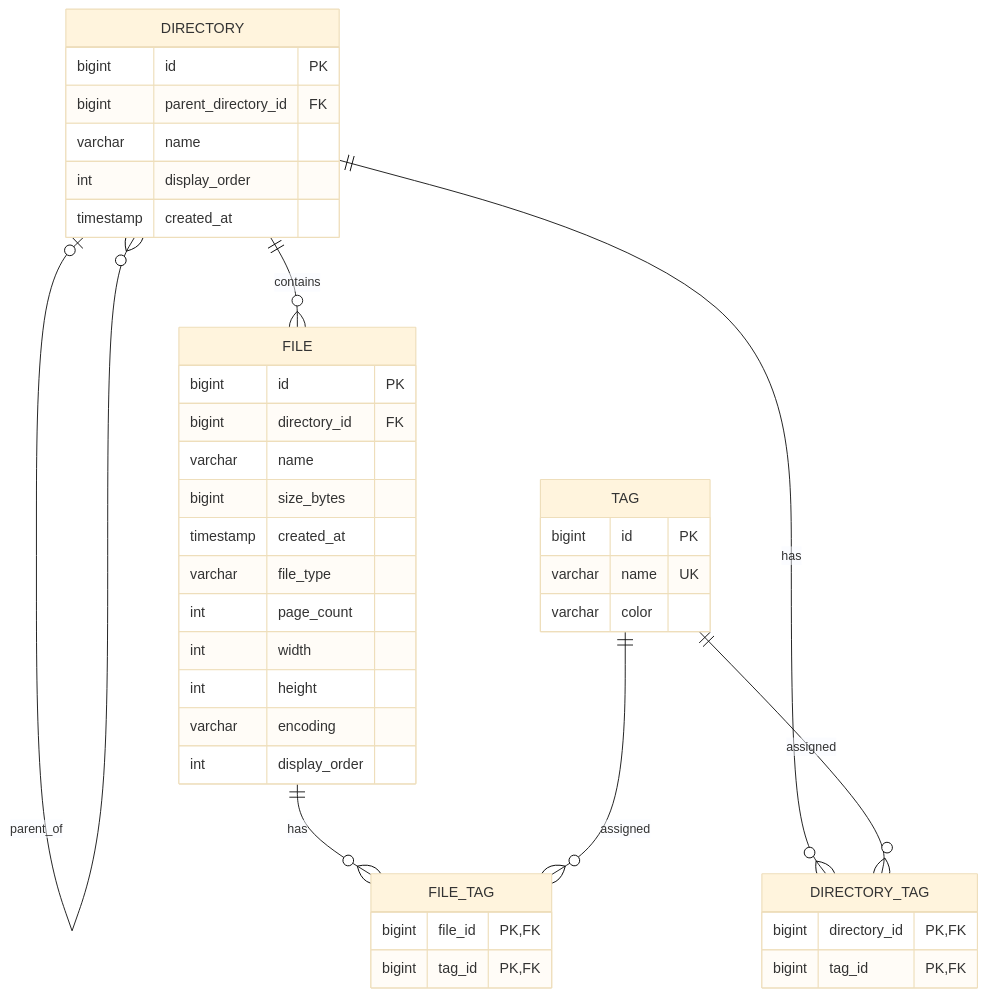
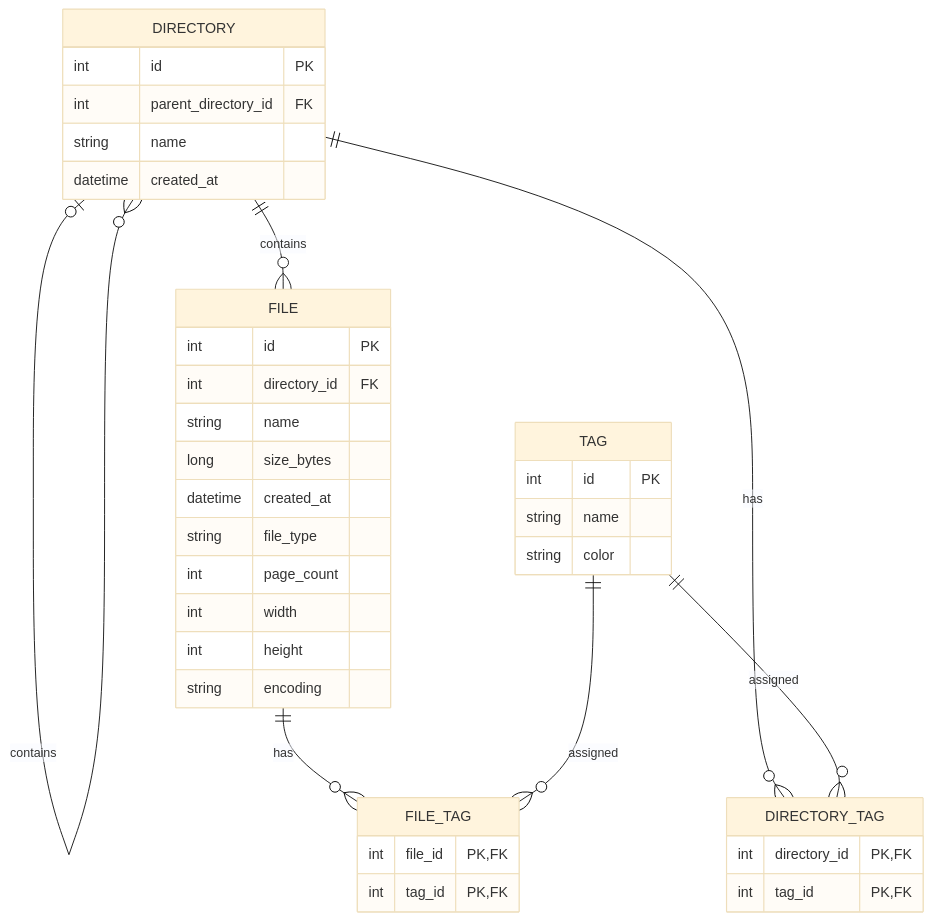
The fourth of 4 diagrams in README.md (Juyunho/CloudFileSystem), drawn with Mermaid (base theme) before and after one commit. The commit also changed other lines of this file, not shown here.

````diff
--- a/README.md
+++ b/README.md
@@ -180,43 +272,47 @@
 ```mermaid
 erDiagram
-    DIRECTORY o|--o{ DIRECTORY : parent_of
-    DIRECTORY ||--o{ FILE : contains
-    DIRECTORY ||--o{ DIRECTORY_TAG : has
-    FILE ||--o{ FILE_TAG : has
-    TAG ||--o{ DIRECTORY_TAG : assigned
-    TAG ||--o{ FILE_TAG : assigned
+    DIRECTORY {
+        int id PK
+        int parent_directory_id FK
+        string name
+        datetime created_at
+    }
 
-    DIRECTORY {
-        bigint id PK
-        bigint parent_directory_id FK
-        varchar name
-        int display_order
-        timestamp created_at
-    }
     FILE {
-        bigint id PK
-        bigint directory_id FK
-        varchar name
-        bigint size_bytes
-        timestamp created_at
-        varchar file_type
+        int id PK
+        int directory_id FK
+        string name
+        long size_bytes
+        datetime created_at
+        string file_type
         int page_count
         int width
         int height
-        varchar encoding
-        int display_order
+        string encoding
     }
+
     TAG {
-        bigint id PK
-        varchar name UK
-        varchar color
+        int id PK
+        string name
+        string color
     }
+
     FILE_TAG {
-        bigint file_id PK,FK
-        bigint tag_id PK,FK
+        int file_id PK, FK
+        int tag_id PK, FK
     }
+
     DIRECTORY_TAG {
-        bigint directory_id PK,FK
-        bigint tag_id PK,FK
+        int directory_id PK, FK
+        int tag_id PK, FK
     }
+
+    DIRECTORY o|--o{ DIRECTORY : contains
+    DIRECTORY ||--o{ FILE : contains
+
+    FILE ||--o{ FILE_TAG : has
+    TAG ||--o{ FILE_TAG : assigned
+
+    DIRECTORY ||--o{ DIRECTORY_TAG : has
+    TAG ||--o{ DIRECTORY_TAG : assigned
 ```
````
